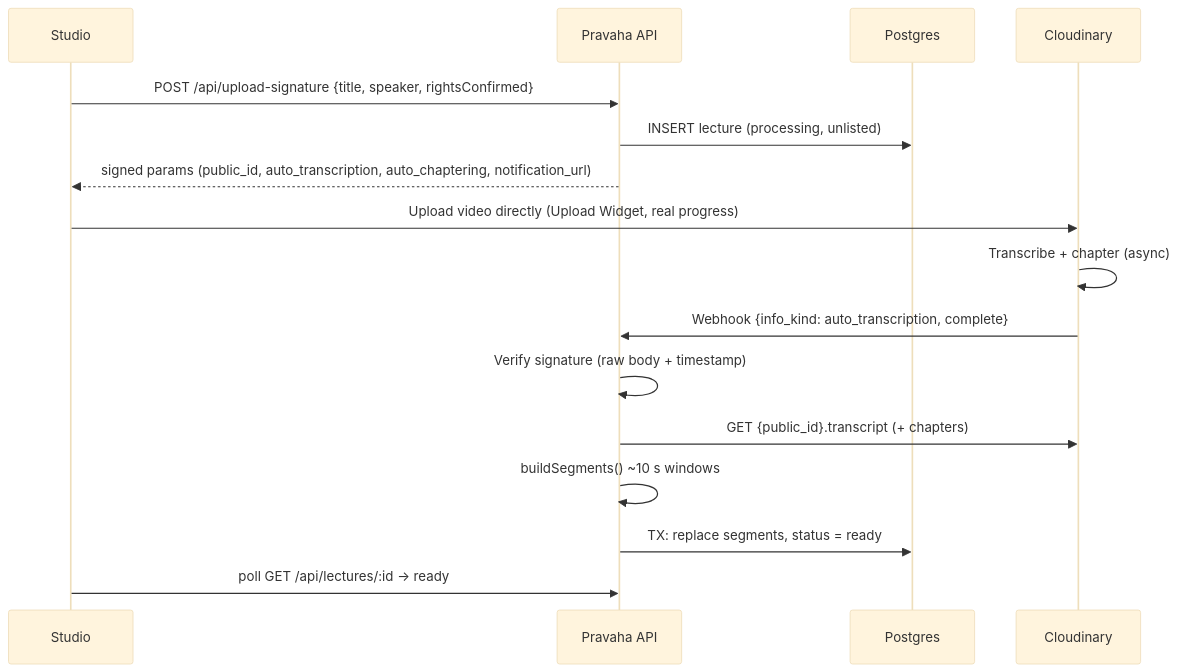
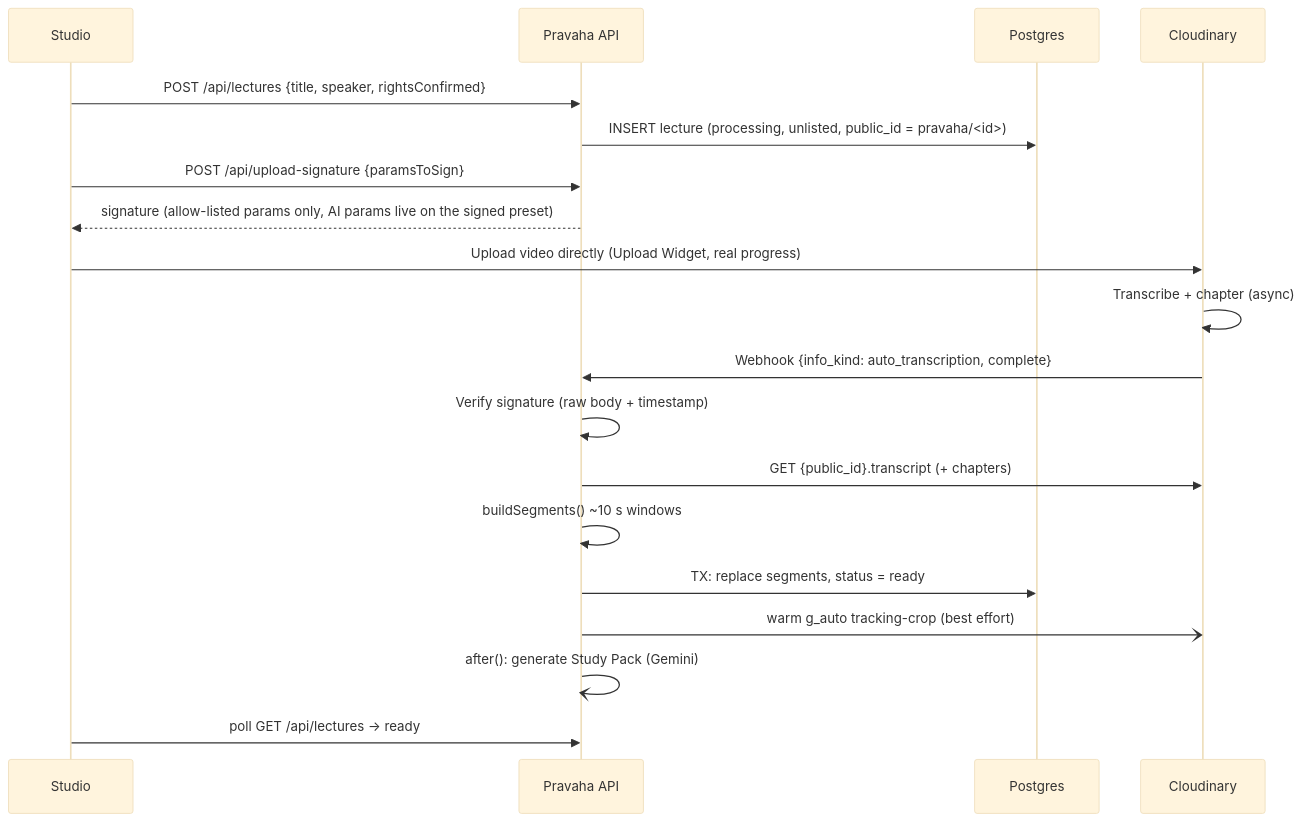
One commit to HackIndiaXYZ/pixels-to-products-cloudinary-ai-hackathon-2026-code-blooded changed the third of 9 diagrams in docs/ARCHITECTURE.md. Above: the diagram before and after it, drawn with Mermaid (base theme). The commit also changed other lines of this file and 19 other files, not shown here.

First line of the commit message:
docs: align current-state docs with the Gemini AI layer and v3 schema

````diff
--- a/docs/ARCHITECTURE.md
+++ b/docs/ARCHITECTURE.md
@@ -64,19 +64,22 @@
 ```mermaid
 sequenceDiagram
     participant S as Studio
     participant A as Pravaha API
     participant D as Postgres
     participant C as Cloudinary
 
-    S->>A: POST /api/upload-signature {title, speaker, rightsConfirmed}
-    A->>D: INSERT lecture (processing, unlisted)
-    A-->>S: signed params (public_id, auto_transcription, auto_chaptering, notification_url)
+    S->>A: POST /api/lectures {title, speaker, rightsConfirmed}
+    A->>D: INSERT lecture (processing, unlisted, public_id = pravaha/<id>)
+    S->>A: POST /api/upload-signature {paramsToSign}
+    A-->>S: signature (allow-listed params only, AI params live on the signed preset)
     S->>C: Upload video directly (Upload Widget, real progress)
     C->>C: Transcribe + chapter (async)
     C->>A: Webhook {info_kind: auto_transcription, complete}
     A->>A: Verify signature (raw body + timestamp)
     A->>C: GET {public_id}.transcript (+ chapters)
     A->>A: buildSegments() ~10 s windows
     A->>D: TX: replace segments, status = ready
-    S->>A: poll GET /api/lectures/:id → ready
+    A-)C: warm g_auto tracking-crop (best effort)
+    A-)A: after(): generate Study Pack (Gemini)
+    S->>A: poll GET /api/lectures → ready
 ```
````
